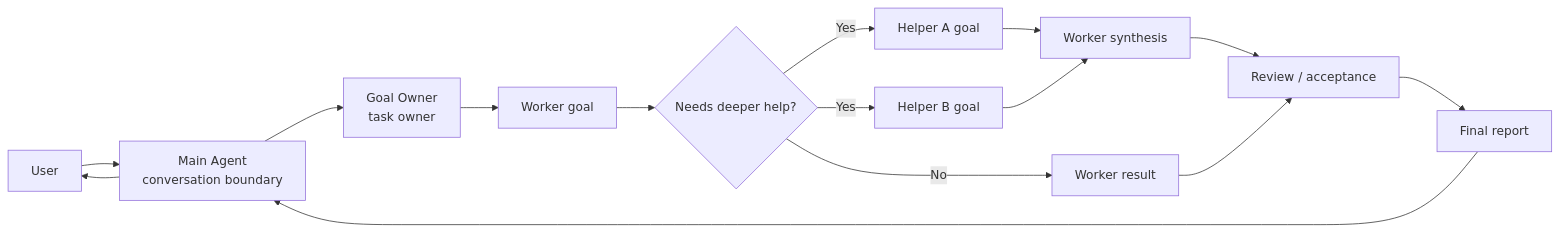
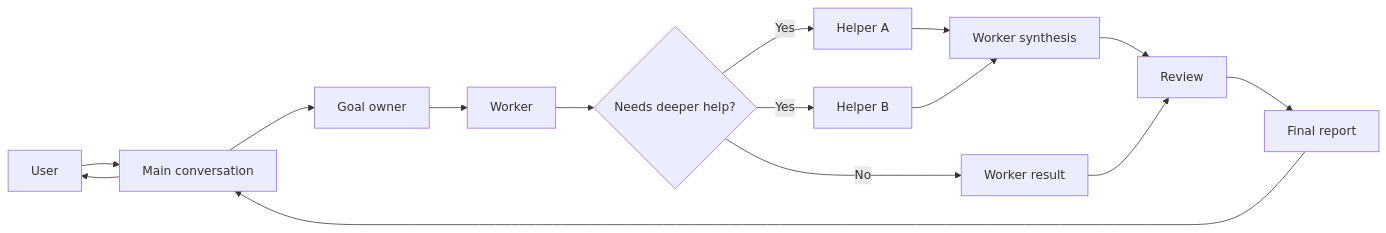
The third of 3 diagrams in parallel-goal-workflows/README.md (patrick-fu/awesome-skills), drawn with Mermaid before and after one commit. The commit also changed other lines of this file and 7 other files, not shown here.

````diff
--- a/parallel-goal-workflows/README.md
+++ b/parallel-goal-workflows/README.md
@@ -150,17 +125,17 @@
 ```mermaid
 flowchart LR
-  User["User"] --> Main["Main Agent<br/>conversation boundary"]
-  Main --> Owner["Goal Owner<br/>task owner"]
-  Owner --> W["Worker goal"]
+  User["User"] --> Main["Main conversation"]
+  Main --> Owner["Goal owner"]
+  Owner --> W["Worker"]
   W --> Decision{"Needs deeper help?"}
-  Decision -- "Yes" --> A["Helper A goal"]
-  Decision -- "Yes" --> B["Helper B goal"]
+  Decision -- "Yes" --> A["Helper A"]
+  Decision -- "Yes" --> B["Helper B"]
   A --> S["Worker synthesis"]
   B --> S
   Decision -- "No" --> Direct["Worker result"]
-  S --> Review["Review / acceptance"]
+  S --> Review["Review"]
   Direct --> Review
   Review --> Report["Final report"]
   Report --> Main
   Main --> User
 ```
````
